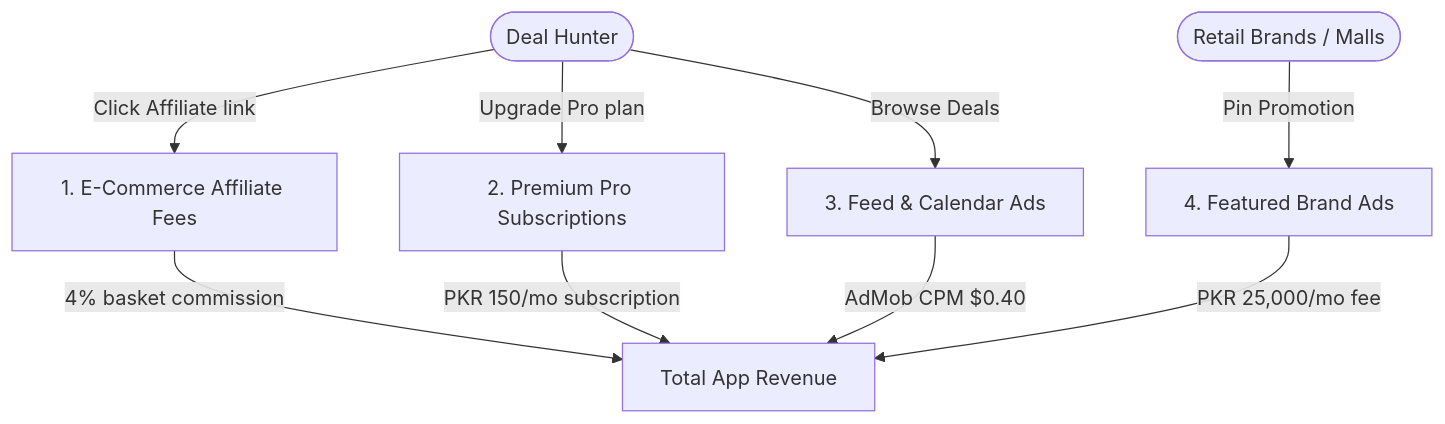
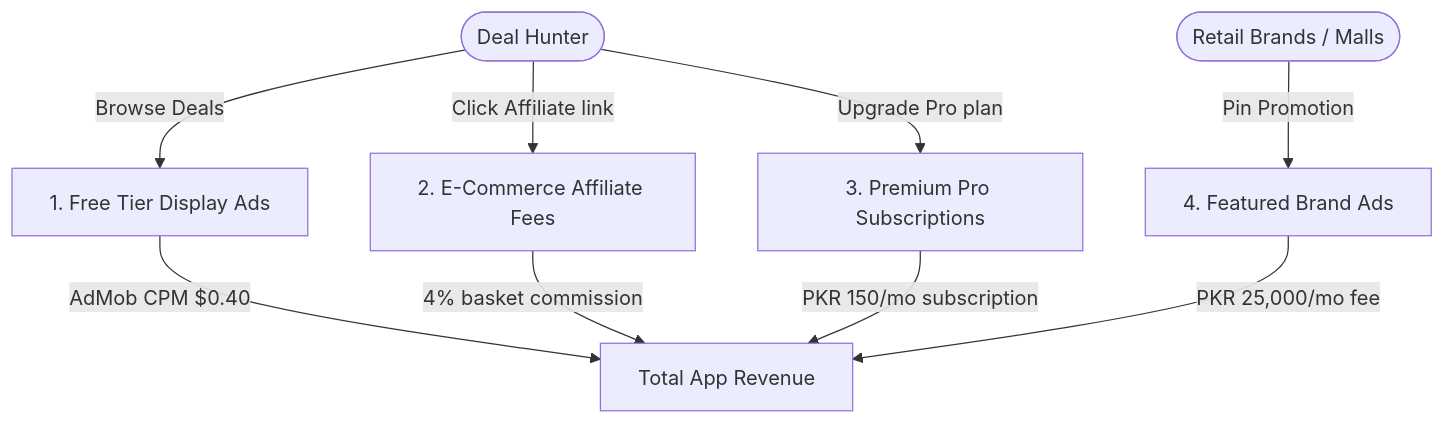
One commit to hasanjamshaid/androidapps_docs changed the diagram in SaleScout/revenue_model.md. Above: the diagram before and after it, drawn with Mermaid. The commit also changed other lines of this file and 18 other files, not shown here.

````diff
--- a/SaleScout/revenue_model.md
+++ b/SaleScout/revenue_model.md
@@ -22,12 +22,12 @@
 ```mermaid
 graph TD
-    User([Deal Hunter]) -->|Click Affiliate link| Checkout[1. E-Commerce Affiliate Fees]
-    User -->|Upgrade Pro plan| Card[2. Premium Pro Subscriptions]
-    User -->|Browse Deals| Ads[3. Feed & Calendar Ads]
+    User([Deal Hunter]) -->|Browse Deals| Ads[1. Free Tier Display Ads]
+    User -->|Click Affiliate link| Checkout[2. E-Commerce Affiliate Fees]
+    User -->|Upgrade Pro plan| Card[3. Premium Pro Subscriptions]
     Brands([Retail Brands / Malls]) -->|Pin Promotion| Spots[4. Featured Brand Ads]
 
-    Checkout -->|4% basket commission| Rev[Total App Revenue]
+    Ads -->|AdMob CPM $0.40| Rev[Total App Revenue]
+    Checkout -->|4% basket commission| Rev
     Card -->|PKR 150/mo subscription| Rev
-    Ads -->|AdMob CPM $0.40| Rev
     Spots -->|PKR 25,000/mo fee| Rev
 ```
````
